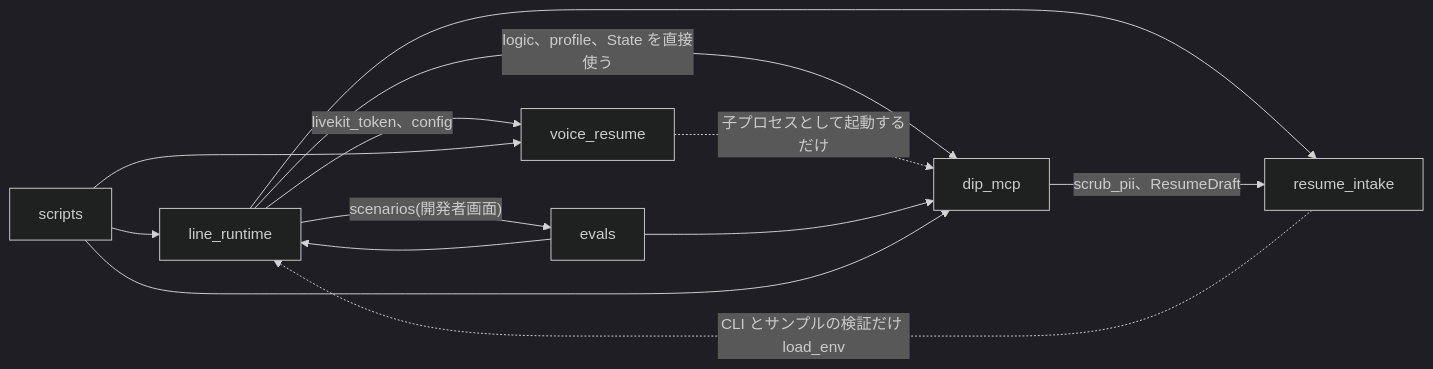
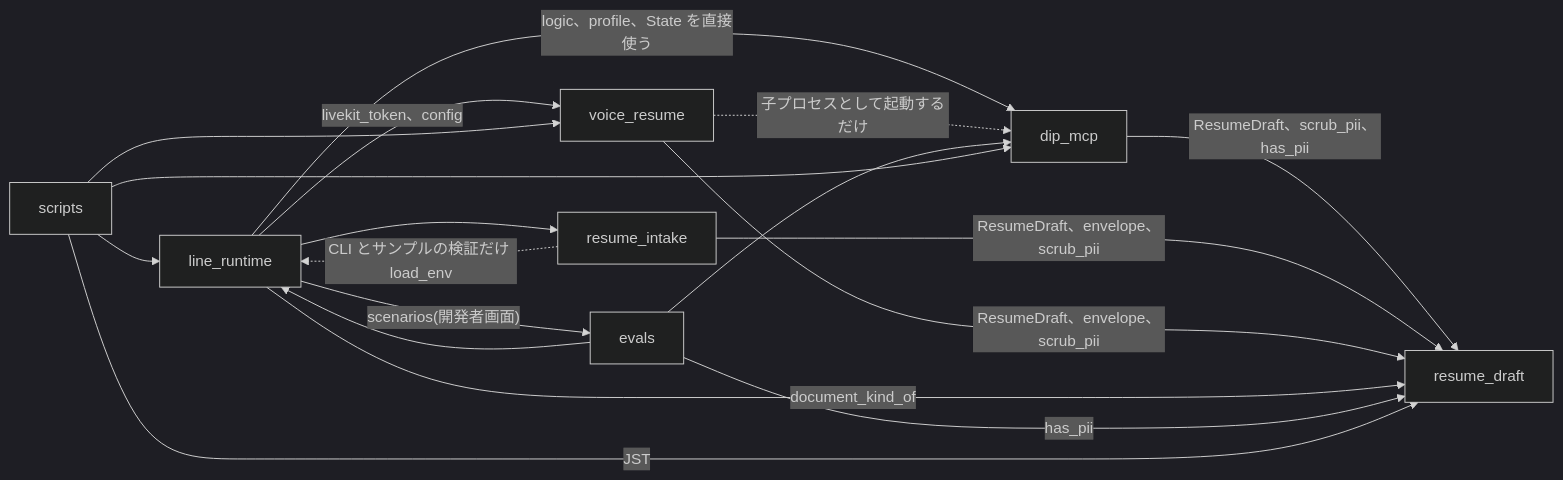
Before and after one commit to jyoka/aica: the third of 8 diagrams in docs/architecture/hld.md, drawn with Mermaid (dark theme). The commit also changed other lines of this file and 37 other files, not shown here.

Commit message:
task 164: aica 設計見直し (3/3): Resume Draft の契約を 1 つにする

````diff
--- a/docs/architecture/hld.md
+++ b/docs/architecture/hld.md
@@ -191,22 +191,28 @@
 ```mermaid
 flowchart LR
     lr["line_runtime"]
     dm["dip_mcp"]
     ri["resume_intake"]
     vr["voice_resume"]
+    rd["resume_draft"]
     ev["evals"]
     sc["scripts"]
 
     lr -- "logic、profile、State を直接使う" --> dm
     lr -- "scenarios(開発者画面)" --> ev
     lr --> ri
     lr -- "livekit_token、config" --> vr
-    dm -- "scrub_pii、ResumeDraft" --> ri
+    dm -- "ResumeDraft、scrub_pii、has_pii" --> rd
+    ri -- "ResumeDraft、envelope、scrub_pii" --> rd
+    vr -- "ResumeDraft、envelope、scrub_pii" --> rd
+    lr -- "document_kind_of" --> rd
+    ev -- "has_pii" --> rd
+    sc -- "JST" --> rd
     ri -. "CLI とサンプルの検証だけ load_env" .-> lr
     vr -. "子プロセスとして起動するだけ" .-> dm
     ev --> lr
     ev --> dm
     sc --> lr
     sc --> dm
     sc --> vr
 ```
````
